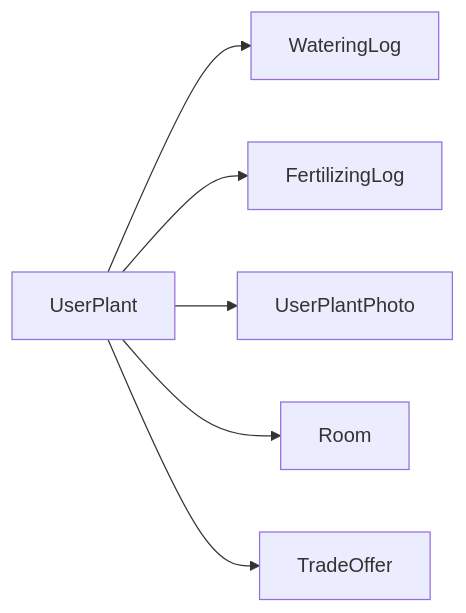
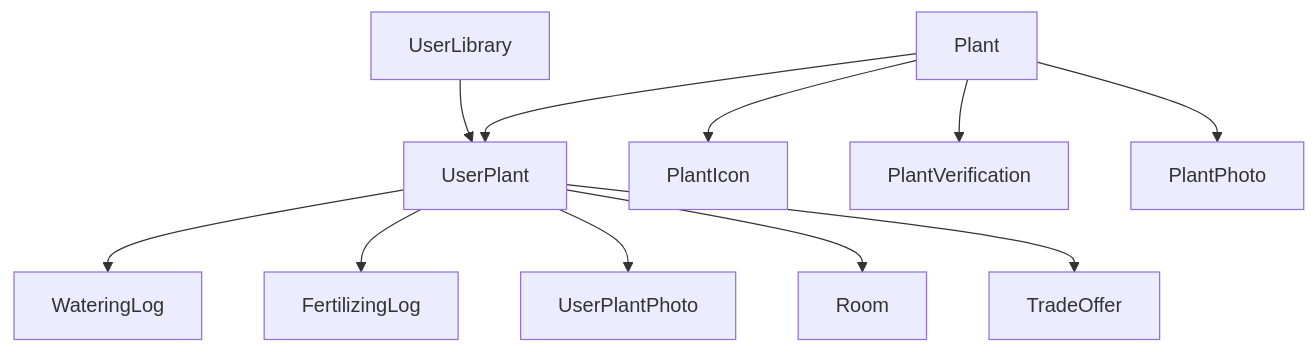
The third of 6 diagrams in MODELS.md (Radoslaw-Wolnik/plants-wiki), drawn with Mermaid before and after one commit. The commit also changed other lines of this file, not shown here.

````diff
--- a/MODELS.md
+++ b/MODELS.md
@@ -358,8 +147,14 @@
 ```mermaid
-graph LR
+graph TB
+    Plant --> UserPlant
+    Plant --> PlantIcon
+    Plant --> PlantVerification
+    Plant --> PlantPhoto
+    
+    UserLibrary --> UserPlant
     UserPlant --> WateringLog
     UserPlant --> FertilizingLog
     UserPlant --> UserPlantPhoto
     UserPlant --> Room
     UserPlant --> TradeOffer
 ```
````
